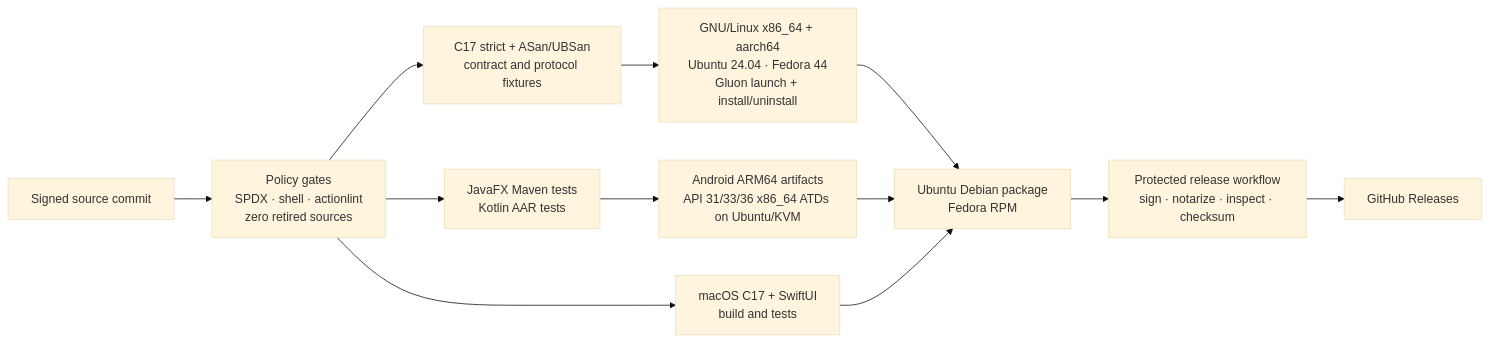
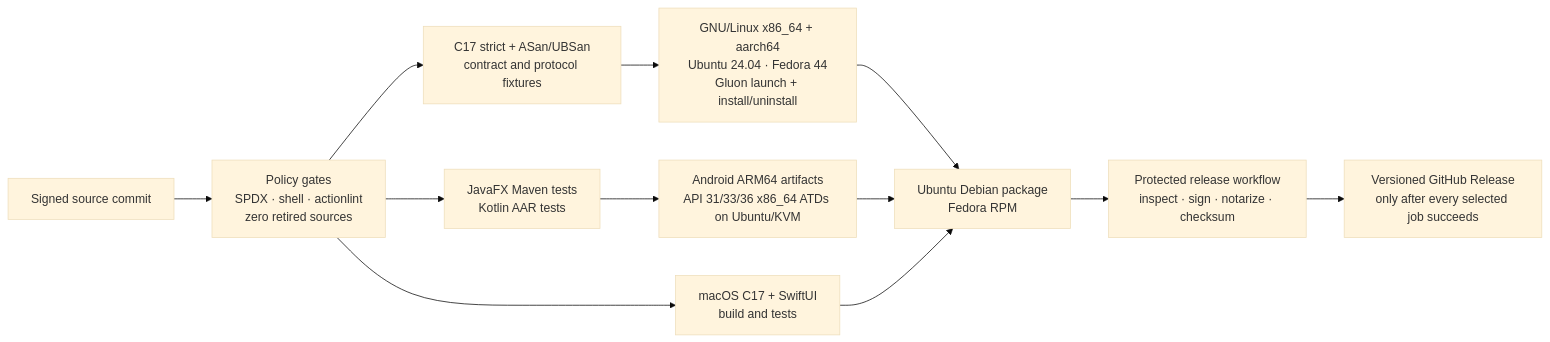
One commit to JohnThre/clambhook changed the third of 4 diagrams in README.md. Above: the diagram before and after it, drawn with Mermaid (base theme). The commit also changed other lines of this file and 28 other files, not shown here.

Commit message:
Refresh documentation and diagrams

````diff
--- a/README.md
+++ b/README.md
@@ -180,14 +191,14 @@
 ```mermaid
 flowchart LR
     source["Signed source commit"] --> policy["Policy gates<br/>SPDX · shell · actionlint<br/>zero retired sources"]
     policy --> ctest["C17 strict + ASan/UBSan<br/>contract and protocol fixtures"]
     policy --> jvm["JavaFX Maven tests<br/>Kotlin AAR tests"]
     policy --> apple["macOS C17 + SwiftUI<br/>build and tests"]
     ctest --> linux["GNU/Linux x86_64 + aarch64<br/>Ubuntu 24.04 · Fedora 44<br/>Gluon launch + install/uninstall"]
     jvm --> android["Android ARM64 artifacts<br/>API 31/33/36 x86_64 ATDs on Ubuntu/KVM"]
     linux --> packages["Ubuntu Debian package<br/>Fedora RPM"]
     android --> packages
     apple --> packages
-    packages --> protected["Protected release workflow<br/>sign · notarize · inspect · checksum"]
-    protected --> releases["GitHub Releases"]
+    packages --> protected["Protected release workflow<br/>inspect · sign · notarize · checksum"]
+    protected --> releases["Versioned GitHub Release<br/>only after every selected job succeeds"]
 ```
````
